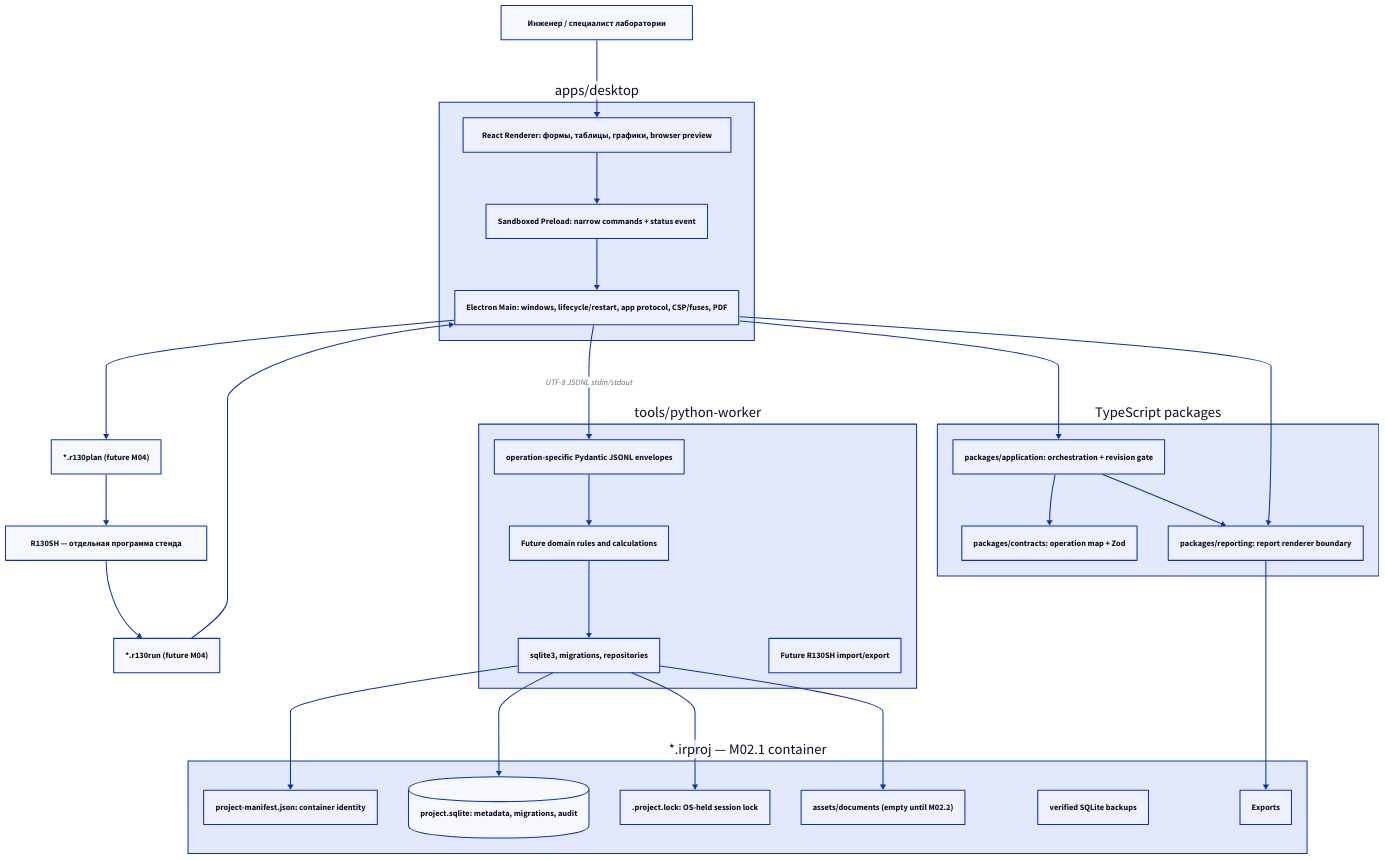
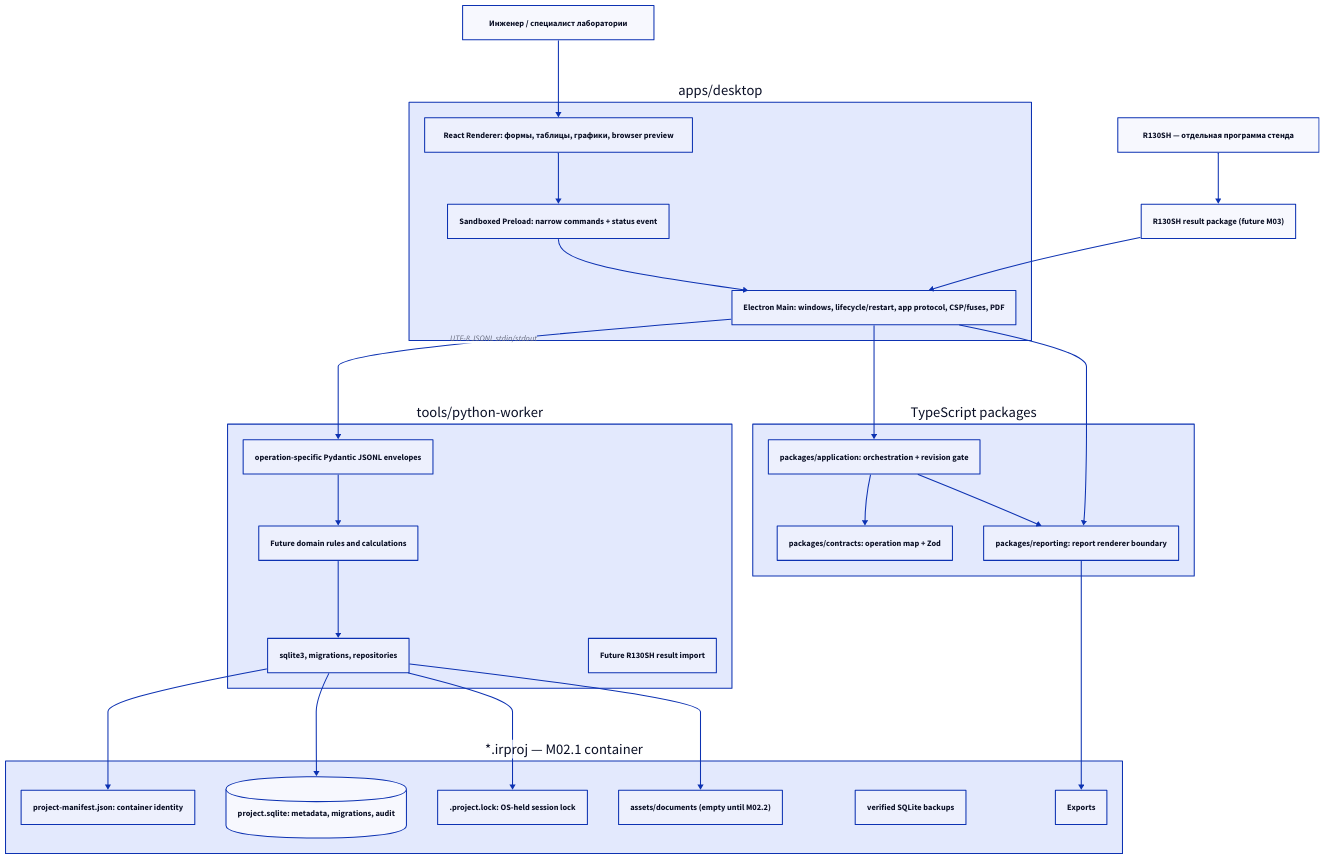
The diagram in docs/architecture/system-context-module-map.md (vitalcc55/impeller-reliability), drawn with D2 before and after one commit. The commit also changed other lines of this file and 19 other files, not shown here.

````diff
--- a/docs/architecture/system-context-module-map.md
+++ b/docs/architecture/system-context-module-map.md
@@ -5,56 +5,53 @@
 ```d2
 direction: down
 
 Engineer: "Инженер / специалист лаборатории"
 R130SH: "R130SH — отдельная программа стенда"
-PlanPackage: "*.r130plan (future M04)"
-RunPackage: "*.r130run (future M04)"
+RunPackage: "R130SH result package (future M03)"
 
 Desktop: "apps/desktop" {
   Renderer: "React Renderer: формы, таблицы, графики, browser preview"
   Preload: "Sandboxed Preload: narrow commands + status event"
   Main: "Electron Main: windows, lifecycle/restart, app protocol, CSP/fuses, PDF"
 }
 
 TypeScript: "TypeScript packages" {
   Contracts: "packages/contracts: operation map + Zod"
   Application: "packages/application: orchestration + revision gate"
   Reporting: "packages/reporting: report renderer boundary"
 }
 
 Worker: "tools/python-worker" {
   Protocol: "operation-specific Pydantic JSONL envelopes"
   Domain: "Future domain rules and calculations"
   Persistence: "sqlite3, migrations, repositories"
-  Integration: "Future R130SH import/export"
+  Integration: "Future R130SH result import"
 }
 
 Project: "*.irproj — M02.1 container" {
   Manifest: "project-manifest.json: container identity"
   Database: "project.sqlite: metadata, migrations, audit" { shape: cylinder }
   Lock: ".project.lock: OS-held session lock"
   Assets: "assets/documents (empty until M02.2)"
   Backups: "verified SQLite backups"
 }
 
 Engineer -> Desktop.Renderer
 Desktop.Renderer -> Desktop.Preload
 Desktop.Preload -> Desktop.Main
 Desktop.Main -> TypeScript.Application
 TypeScript.Application -> TypeScript.Contracts
 Desktop.Main -> Worker.Protocol: "UTF-8 JSONL stdin/stdout"
 Worker.Protocol -> Worker.Domain
 Worker.Domain -> Worker.Persistence
 Worker.Persistence -> Project.Database
 Worker.Persistence -> Project.Manifest
 Worker.Persistence -> Project.Lock
 Worker.Persistence -> Project.Assets
 TypeScript.Application -> TypeScript.Reporting
 Desktop.Main -> TypeScript.Reporting
 TypeScript.Reporting -> Project.Exports
 
-Desktop.Main -> PlanPackage
-PlanPackage -> R130SH
 R130SH -> RunPackage
 RunPackage -> Desktop.Main
 ```
````
